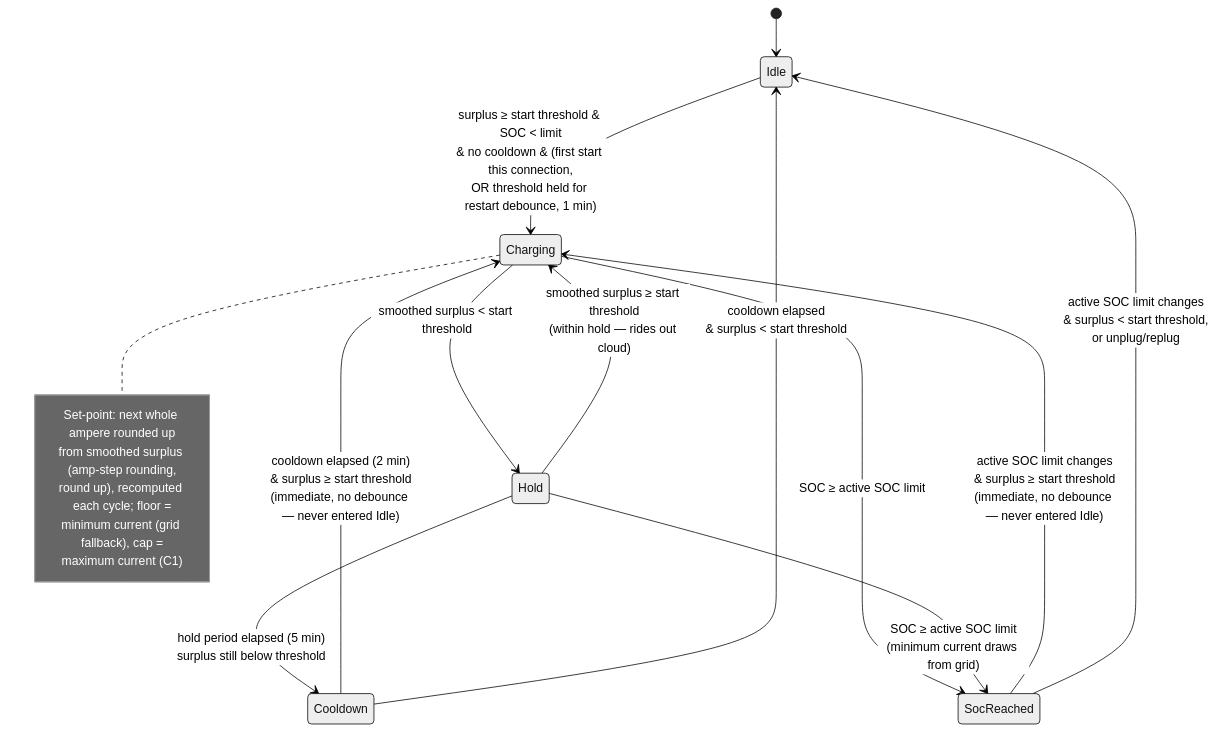
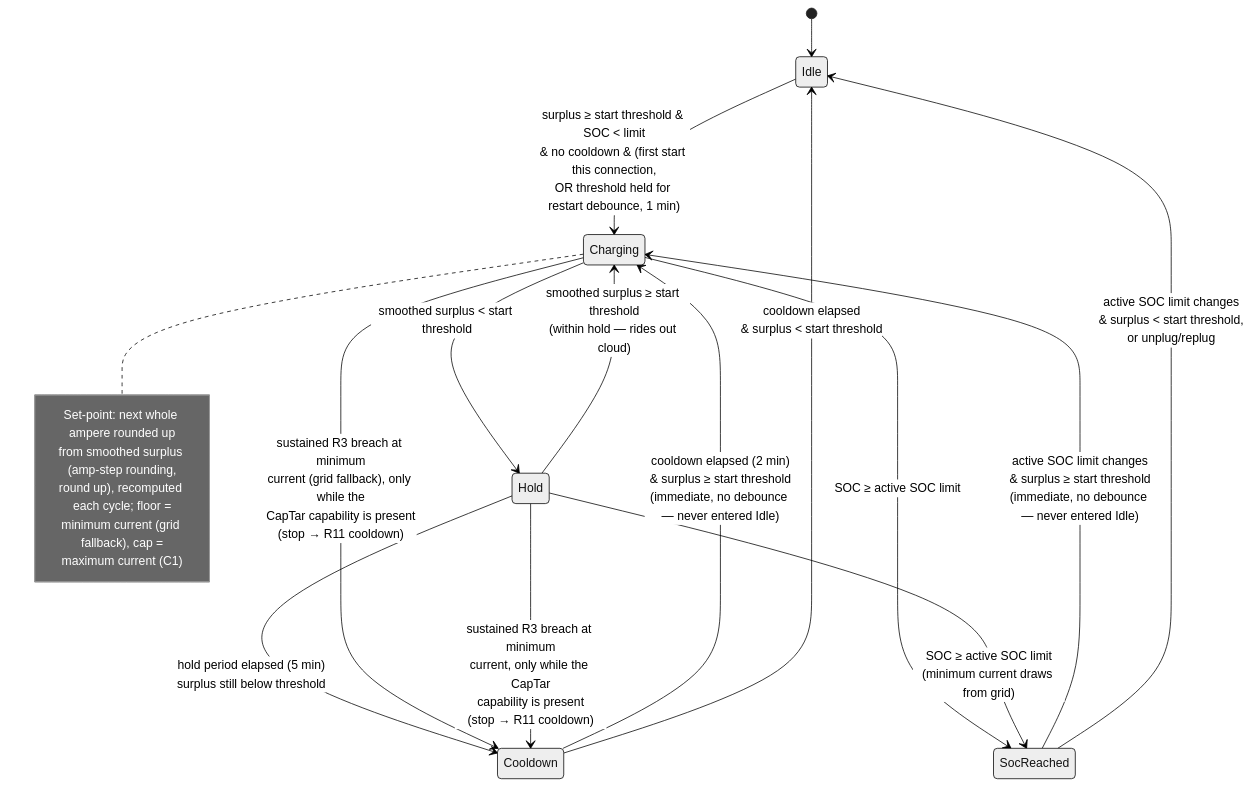
The diagram in docs/analysis/use-cases/UC01-charge-from-solar-surplus.md (kristofdegrave/homeassistant-smart-charging), drawn with Mermaid (neutral theme) before and after one commit. The commit also changed other lines of this file and 1 other file, not shown here.

First line of the commit message:
docs: qualify UC01/UC02's peak-protection exception for the CapTar-absent case (#775)

````diff
--- a/docs/analysis/use-cases/UC01-charge-from-solar-surplus.md
+++ b/docs/analysis/use-cases/UC01-charge-from-solar-surplus.md
@@ -120,21 +129,23 @@
 ```mermaid
 stateDiagram-v2
     [*] --> Idle
     Idle --> Charging: surplus ≥ start threshold & SOC < limit<br/>& no cooldown & (first start this connection,<br/>OR threshold held for restart debounce, 1 min)
     Charging --> Hold: smoothed surplus < start threshold
     Hold --> Charging: smoothed surplus ≥ start threshold<br/>(within hold — rides out cloud)
     Hold --> Cooldown: hold period elapsed (5 min)<br/>surplus still below threshold
+    Charging --> Cooldown: sustained R3 breach at minimum<br/>current (grid fallback), only while the<br/>CapTar capability is present<br/>(stop → R11 cooldown)
+    Hold --> Cooldown: sustained R3 breach at minimum<br/>current, only while the CapTar<br/>capability is present<br/>(stop → R11 cooldown)
     Charging --> SocReached: SOC ≥ active SOC limit
     Hold --> SocReached: SOC ≥ active SOC limit<br/>(minimum current draws from grid)
     Cooldown --> Charging: cooldown elapsed (2 min)<br/>& surplus ≥ start threshold<br/>(immediate, no debounce — never entered Idle)
     Cooldown --> Idle: cooldown elapsed<br/>& surplus < start threshold
     SocReached --> Charging: active SOC limit changes<br/>& surplus ≥ start threshold<br/>(immediate, no debounce — never entered Idle)
     SocReached --> Idle: active SOC limit changes<br/>& surplus < start threshold,<br/>or unplug/replug
     note right of Charging
         Set-point: next whole ampere rounded up
         from smoothed surplus (amp-step rounding,
         round up), recomputed each cycle; floor =
         minimum current (grid fallback), cap =
         maximum current (C1)
     end note
 ```
````
